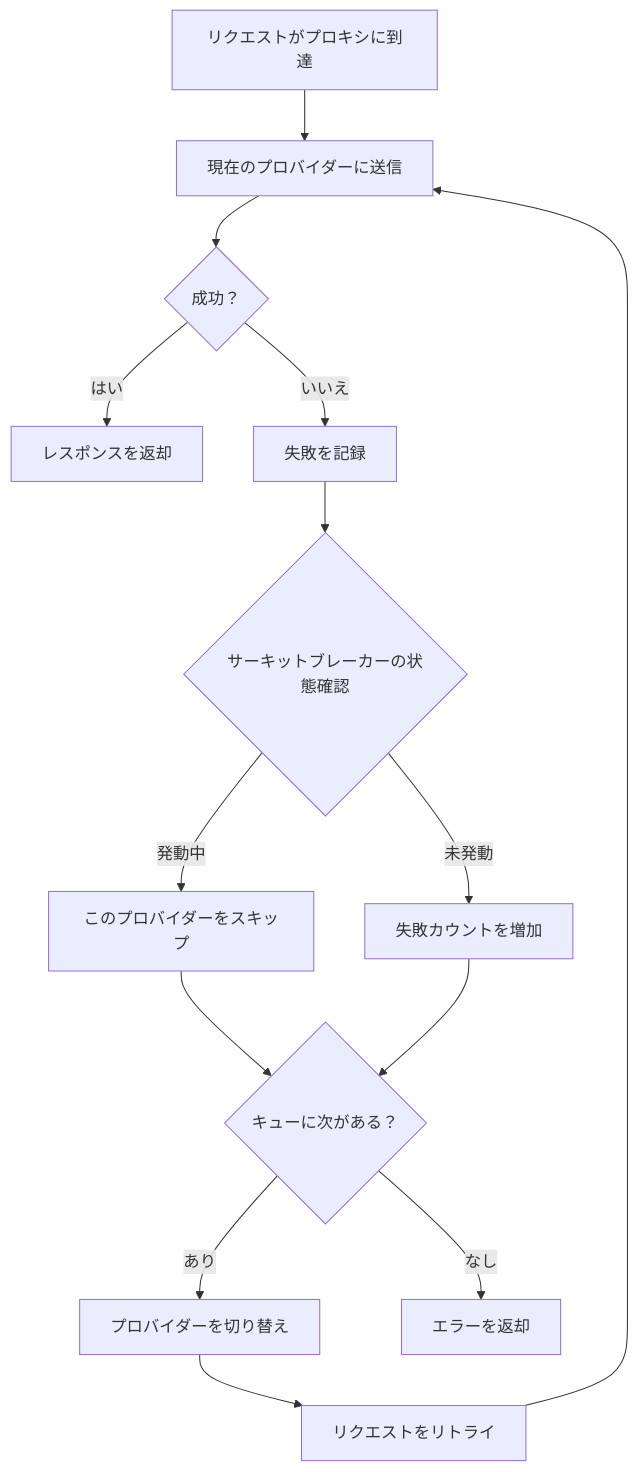
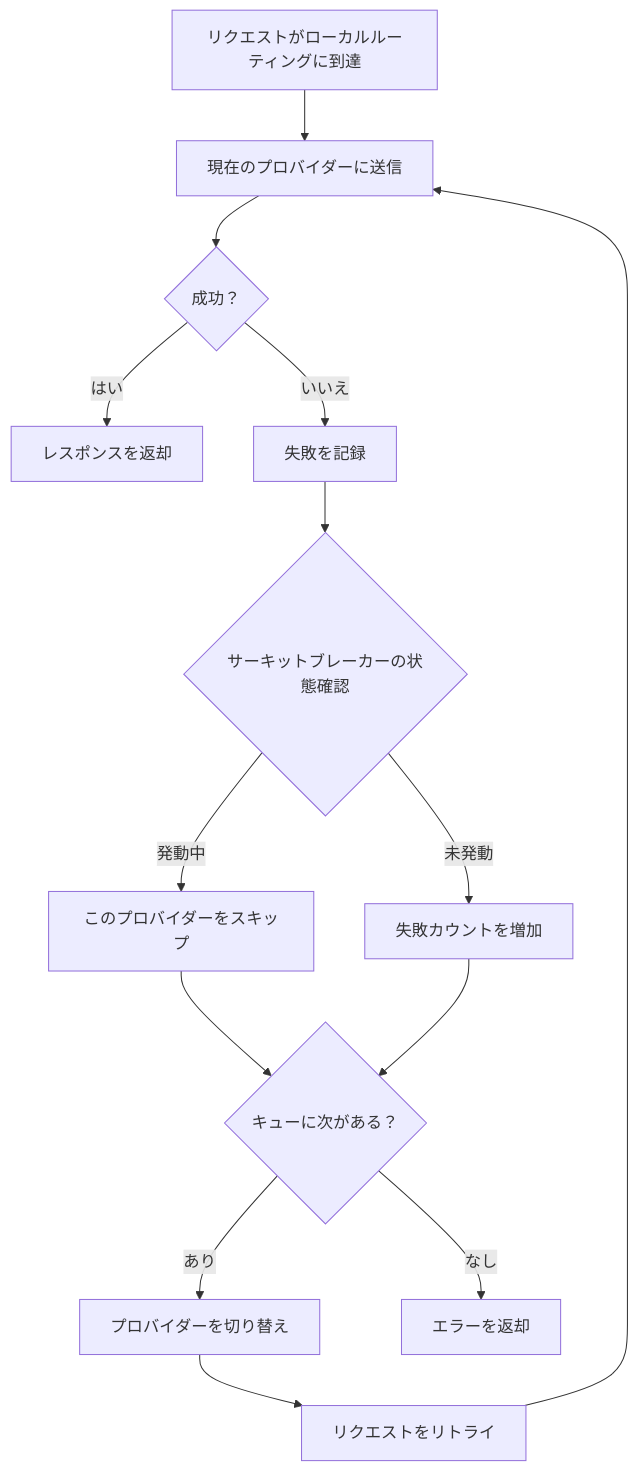
One commit to xue-ding-e/CC-Switch-Next changed the first of 2 diagrams in docs/user-manual/ja/4-proxy/4.3-failover.md. Above: the diagram before and after it, drawn with Mermaid. The commit also changed other lines of this file and 68 other files, not shown here.

````diff
--- a/docs/user-manual/ja/4-proxy/4.3-failover.md
+++ b/docs/user-manual/ja/4-proxy/4.3-failover.md
@@ -84,16 +87,16 @@
 ```mermaid
 graph TD
-    Start[リクエストがプロキシに到達] --> Send[現在のプロバイダーに送信]
+    Start[リクエストがローカルルーティングに到達] --> Send[現在のプロバイダーに送信]
     Send --> CheckSuccess{成功？}
     CheckSuccess -- はい --> Return[レスポンスを返却]
     CheckSuccess -- いいえ --> LogFail[失敗を記録]
     LogFail --> CheckCircuit{サーキットブレーカーの状態確認}
     CheckCircuit -- 発動中 --> Skip[このプロバイダーをスキップ]
     CheckCircuit -- 未発動 --> IncFail[失敗カウントを増加]
     Skip --> Next{キューに次がある？}
     IncFail --> Next
     Next -- あり --> Switch[プロバイダーを切り替え]
     Switch --> Retry[リクエストをリトライ]
     Retry --> Send
     Next -- なし --> Error[エラーを返却]
 ```
````
